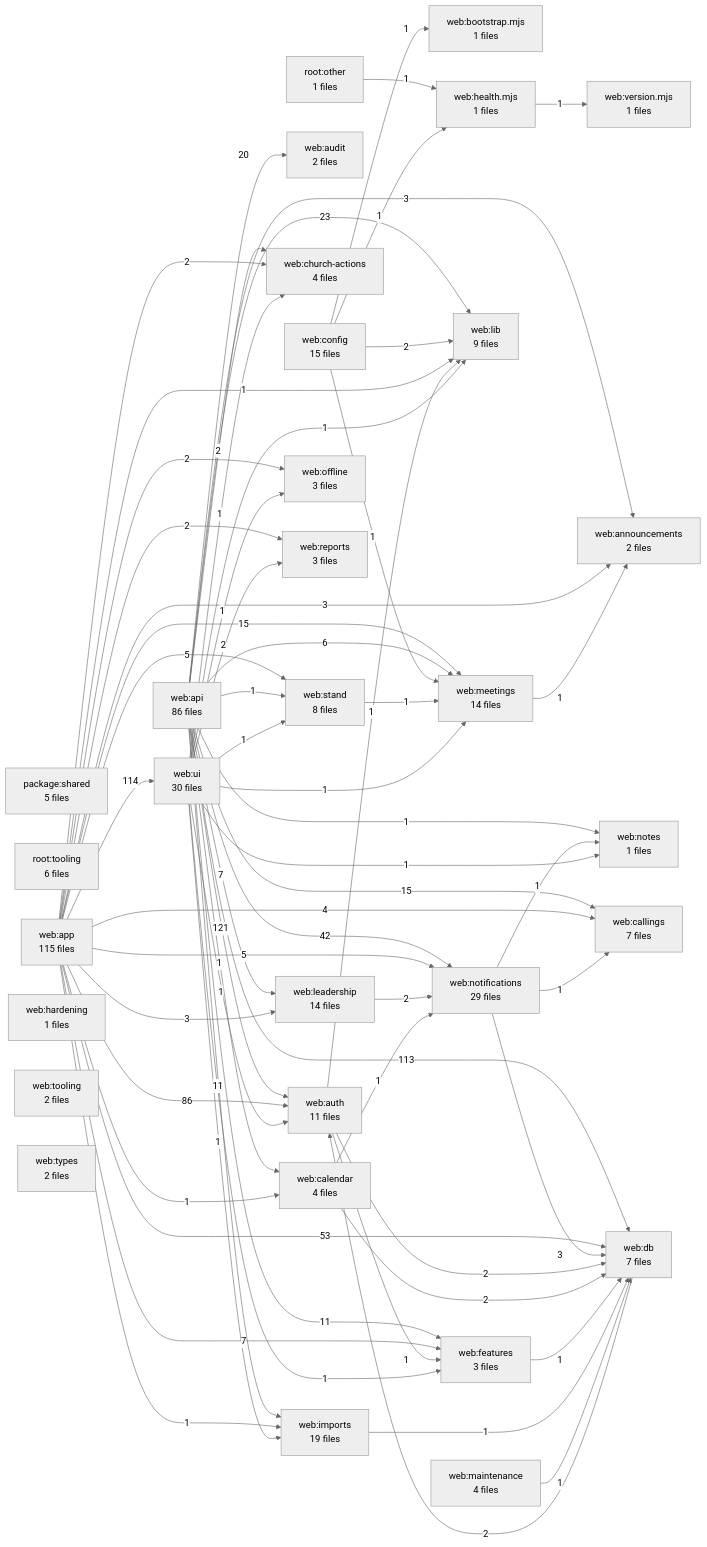
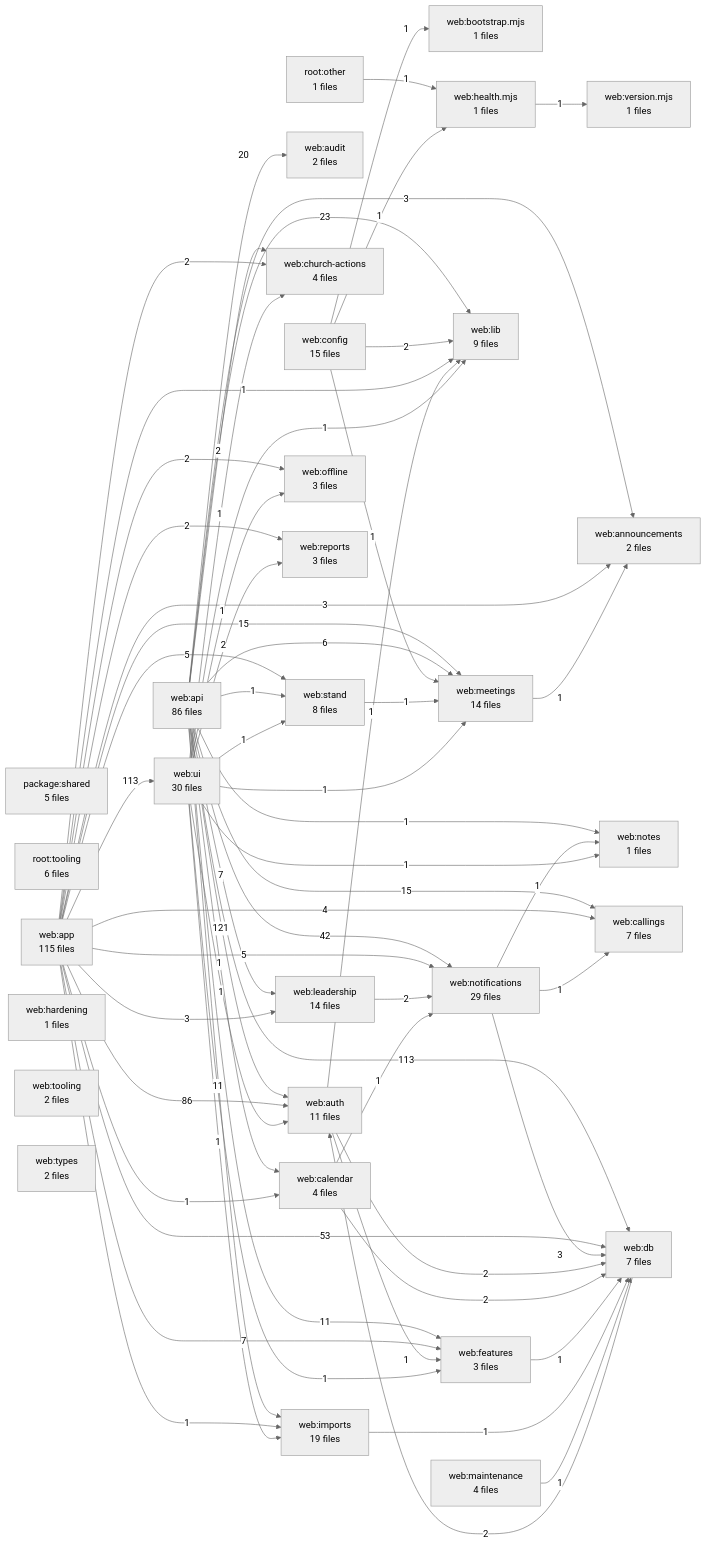
One commit to kalebhall/the-stand changed the diagram in docs/DEPENDENCY_GRAPH.md. Above: the diagram before and after it, drawn with Mermaid (neutral theme). The commit also changed other lines of this file and 8 other files, not shown here.

```diff
--- a/docs/DEPENDENCY_GRAPH.md
+++ b/docs/DEPENDENCY_GRAPH.md
@@ -42,8 +42,8 @@
   A30["web:ui<br/>30 files"]
   A31["web:version.mjs<br/>1 files"]
   A5 -->|121| A8
-  A6 -->|114| A30
   A5 -->|113| A14
+  A6 -->|113| A30
   A6 -->|86| A8
   A6 -->|53| A14
   A5 -->|42| A24
```
